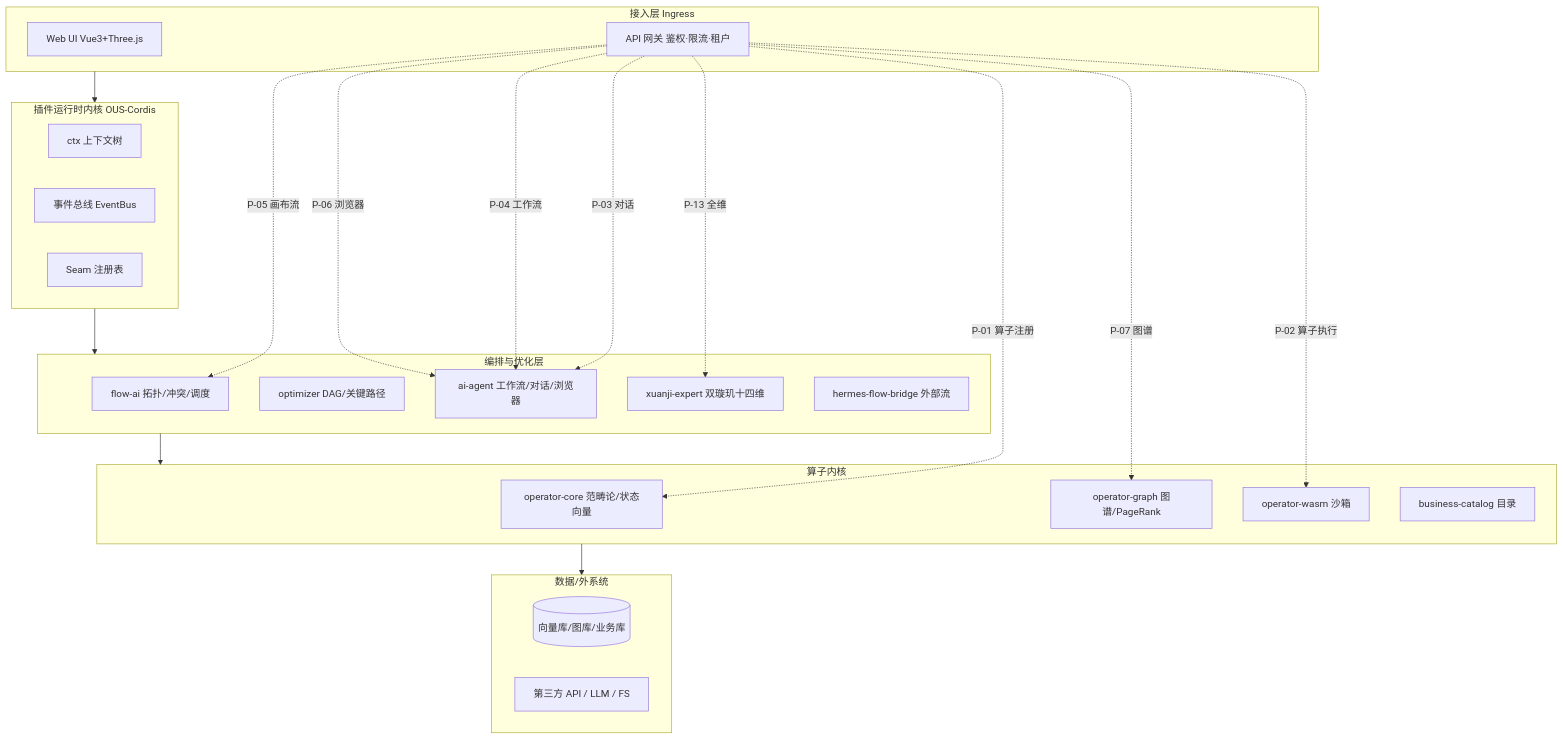
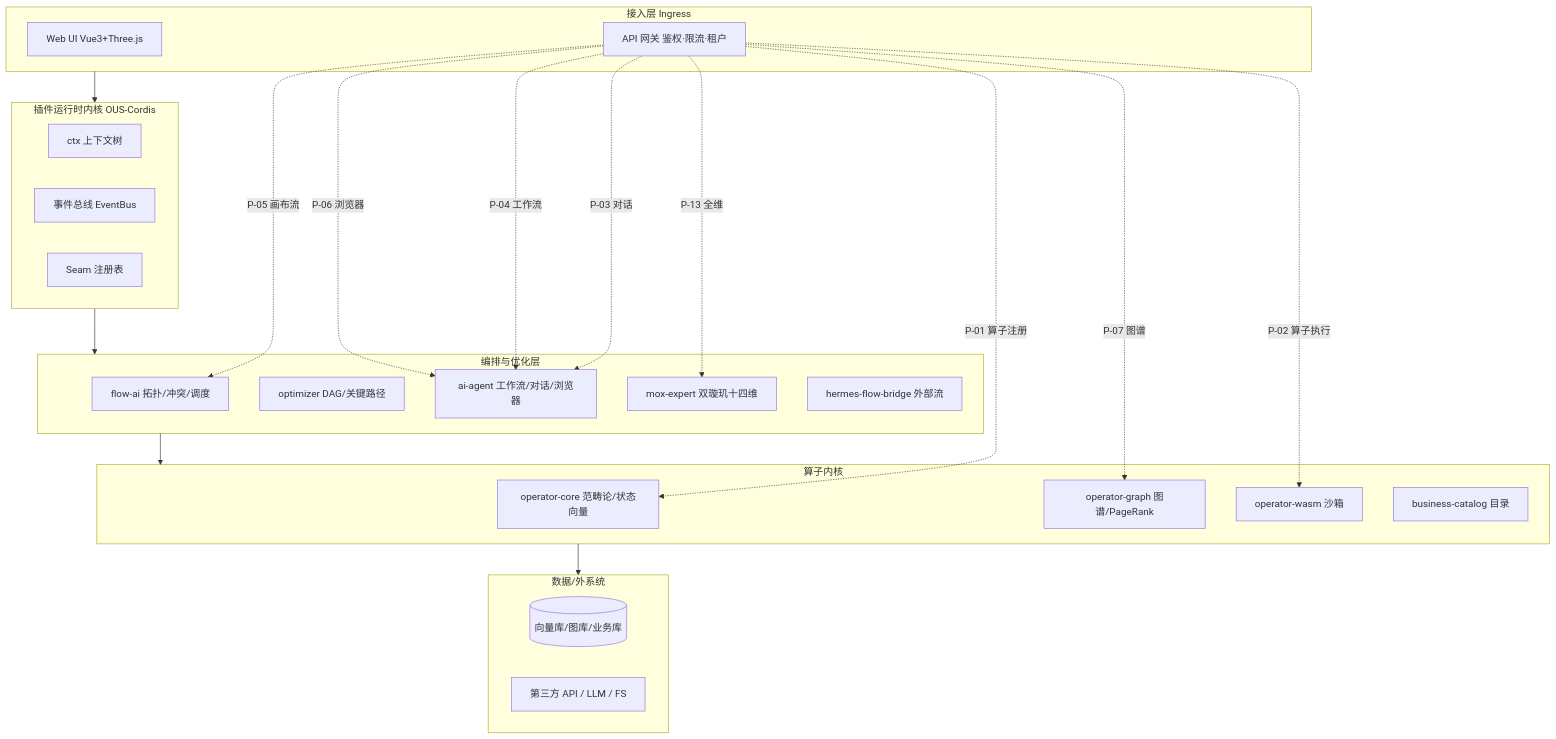
Diagram 13 of 16 in docs/modules/business-process-flowcharts.md (aikjx/mox), drawn with Mermaid before and after one commit. The commit also changed other lines of this file and 560 other files, not shown here.

Commit message:
chore(docs): 将 xuanji 重命名为 mox

````diff
--- a/docs/modules/business-process-flowcharts.md
+++ b/docs/modules/business-process-flowcharts.md
@@ -228,43 +228,43 @@
 ```mermaid
 flowchart TB
     subgraph ING[接入层 Ingress]
         WEB[Web UI Vue3+Three.js]
         GW[API 网关 鉴权·限流·租户]
     end
     subgraph RT[插件运行时内核 OUS-Cordis]
         CTX[ctx 上下文树]
         EB[事件总线 EventBus]
         SEAM[Seam 注册表]
     end
     subgraph ORCH[编排与优化层]
         FLOW[flow-ai 拓扑/冲突/调度]
         OPT[optimizer DAG/关键路径]
         AGENT[ai-agent 工作流/对话/浏览器]
-        EXP[xuanji-expert 双璇玑十四维]
+        EXP[mox-expert 双璇玑十四维]
         HER[hermes-flow-bridge 外部流]
     end
     subgraph CORE[算子内核]
         OC[operator-core 范畴论/状态向量]
         OG[operator-graph 图谱/PageRank]
         OW[operator-wasm 沙箱]
         CAT[business-catalog 目录]
     end
     subgraph DATA[数据/外系统]
         DB[(向量库/图库/业务库)]
         EXT[第三方 API / LLM / FS]
     end
 
     ING --> RT
     RT --> ORCH
     ORCH --> CORE
     CORE --> DATA
 
     GW -.P-01 算子注册.-> OC
     GW -.P-02 算子执行.-> OW
     GW -.P-03 对话.-> AGENT
     GW -.P-04 工作流.-> AGENT
     GW -.P-05 画布流.-> FLOW
     GW -.P-06 浏览器.-> AGENT
     GW -.P-07 图谱.-> OG
     GW -.P-13 全维.-> EXP
 ```
````
